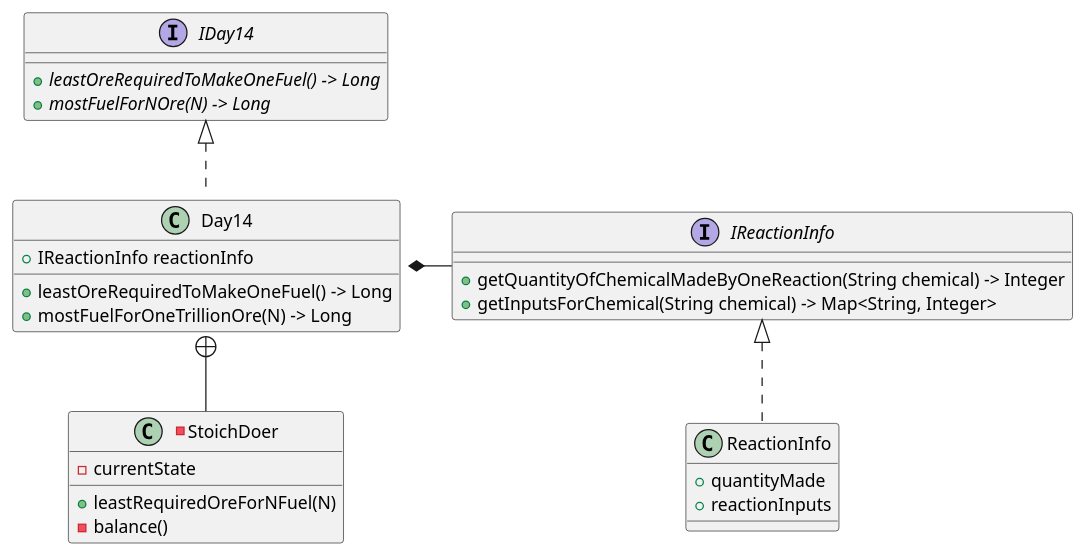
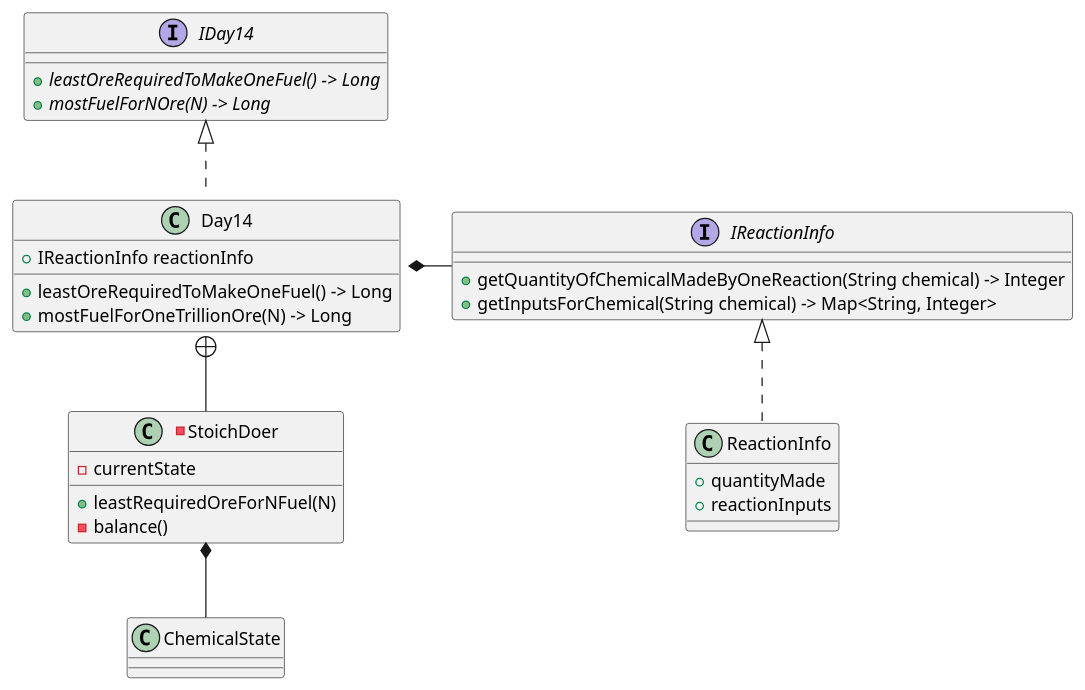
Before and after one commit to jdbr827/AdventOfCode_2019_Java: the diagram in src/year_2019/day14/day_14_uml.puml, drawn with PlantUML. The commit also changed 3 other files, not shown here.

```diff
--- a/src/year_2019/day14/day_14_uml.puml
+++ b/src/year_2019/day14/day_14_uml.puml
@@ -1,47 +1,49 @@
 @startuml
 'https://plantuml.com/class-diagram
 
 
 
 class ReactionInfo {
 + quantityMade
 + reactionInputs
 }
 
 -class StoichDoer {
 +leastRequiredOreForNFuel(N)
 - currentState
 - balance()
 }
 
 interface IReactionInfo {
 +getQuantityOfChemicalMadeByOneReaction(String chemical) -> Integer
 +getInputsForChemical(String chemical) -> Map<String, Integer>
 }
 
 interface IDay14 {
 +{abstract}leastOreRequiredToMakeOneFuel() -> Long
 +{abstract}mostFuelForNOre(N) -> Long
 
 }
 
 class Day14 {
 +IReactionInfo reactionInfo
 +leastOreRequiredToMakeOneFuel() -> Long
 +mostFuelForOneTrillionOre(N) -> Long
 
 }
 
 
 
 IDay14 <|.. Day14
 
 Day14 *- IReactionInfo
 IReactionInfo <|.. ReactionInfo
 
 
 
 Day14::leastRequiredOreForNFuel +--StoichDoer
 
+StoichDoer *-- ChemicalState
+
 
 @enduml
```
